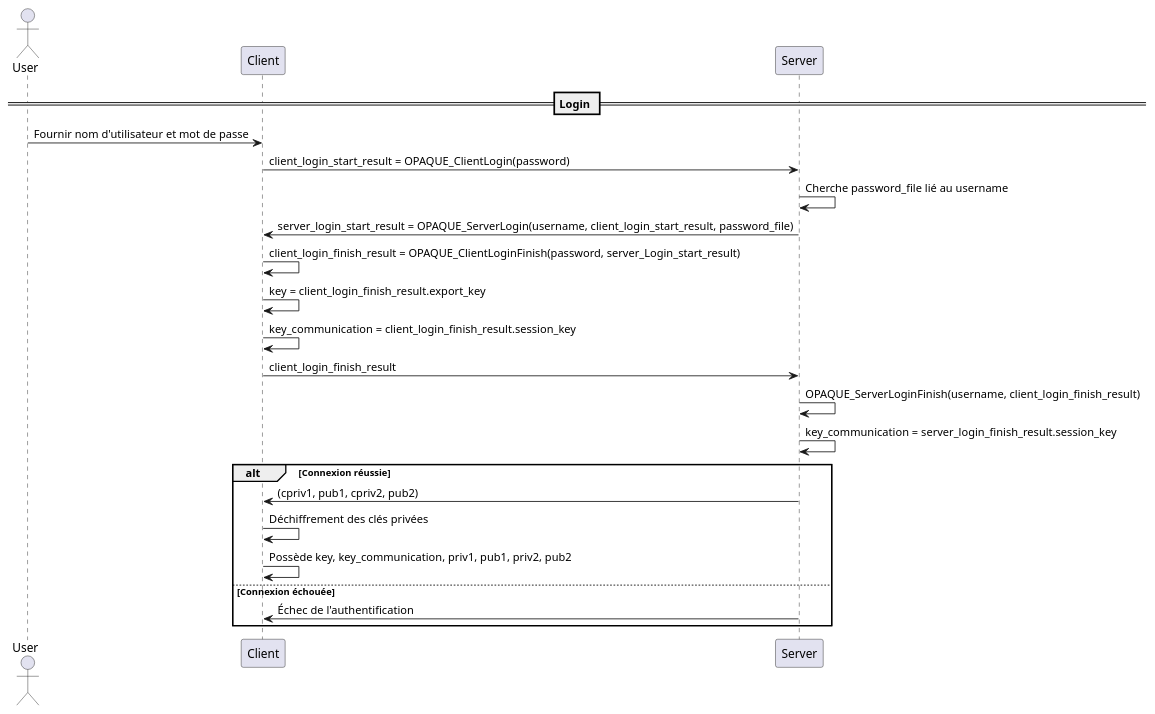
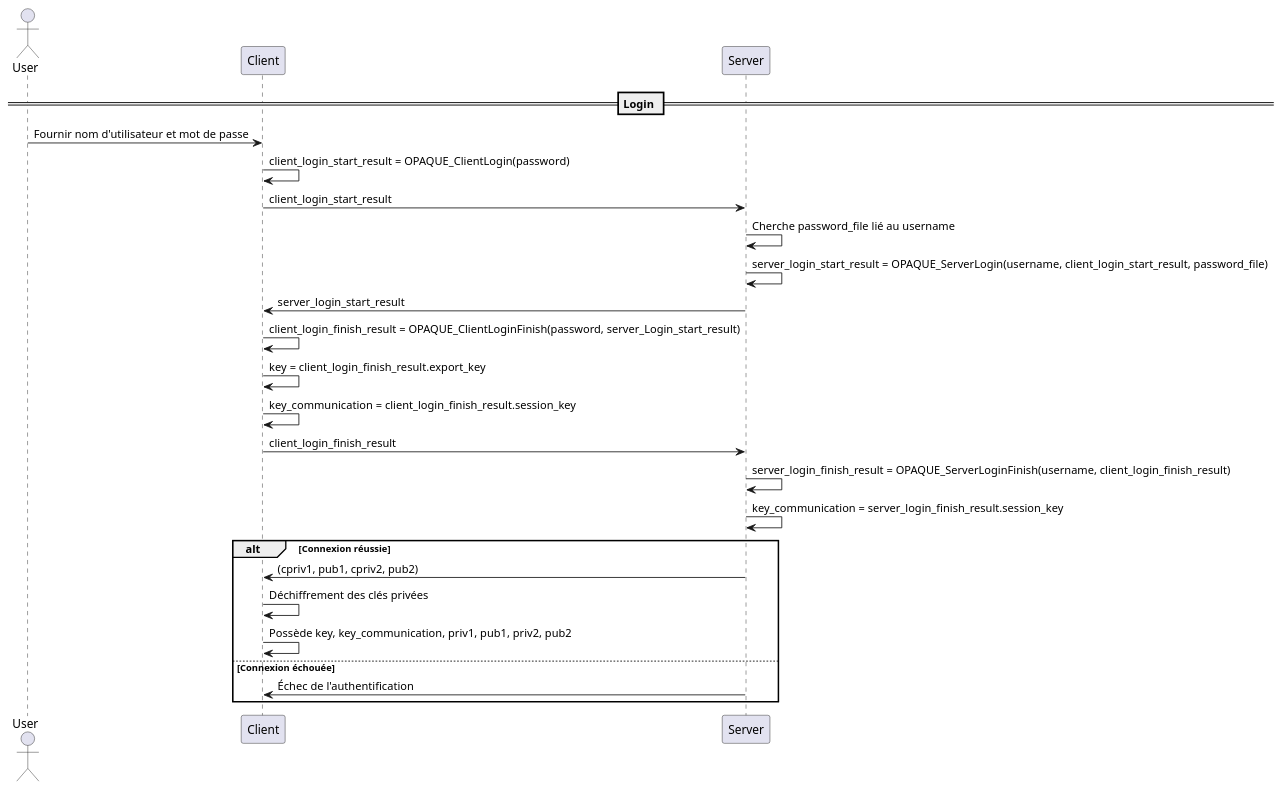
Before and after one commit to JustinFerrara14/CAA-Project: the diagram in uml/login.puml, drawn with PlantUML. The commit also changed 12 other files, not shown here.

```diff
--- a/uml/login.puml
+++ b/uml/login.puml
@@ -1,28 +1,30 @@
 @startuml
 actor User
 participant Client
 participant Server
 
 == Login ==
 User -> Client: Fournir nom d'utilisateur et mot de passe
 
-Client -> Server: client_login_start_result = OPAQUE_ClientLogin(password)
+Client -> Client: client_login_start_result = OPAQUE_ClientLogin(password)
+Client -> Server: client_login_start_result
 Server -> Server: Cherche password_file lié au username
-Server -> Client: server_login_start_result = OPAQUE_ServerLogin(username, client_login_start_result, password_file)
+Server -> Server: server_login_start_result = OPAQUE_ServerLogin(username, client_login_start_result, password_file)
+Server -> Client: server_login_start_result
 
 Client -> Client: client_login_finish_result = OPAQUE_ClientLoginFinish(password, server_Login_start_result)
 Client -> Client: key = client_login_finish_result.export_key
 Client -> Client: key_communication = client_login_finish_result.session_key
 
 Client -> Server: client_login_finish_result
-Server -> Server: OPAQUE_ServerLoginFinish(username, client_login_finish_result)
+Server -> Server: server_login_finish_result = OPAQUE_ServerLoginFinish(username, client_login_finish_result)
 Server -> Server: key_communication = server_login_finish_result.session_key
 
 alt Connexion réussie
     Server -> Client: (cpriv1, pub1, cpriv2, pub2)
     Client -> Client: Déchiffrement des clés privées
     Client -> Client: Possède key, key_communication, priv1, pub1, priv2, pub2
 else Connexion échouée
     Server -> Client: Échec de l'authentification
 end
 @enduml
```
